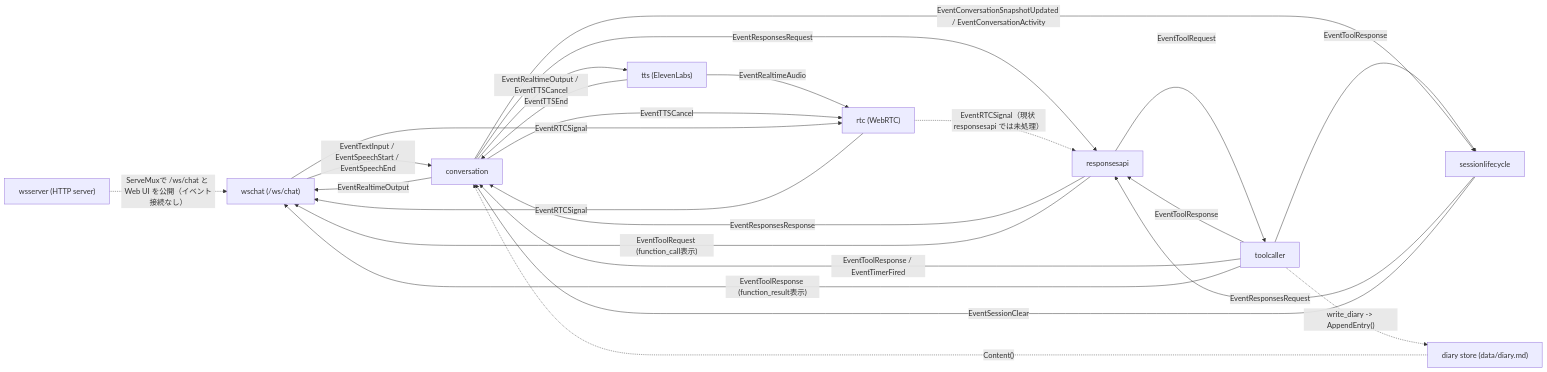
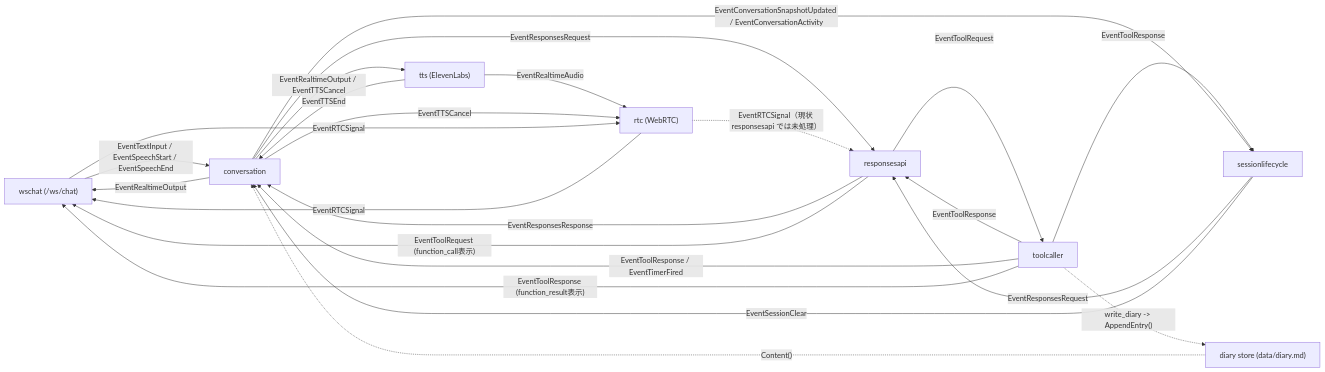
One commit to tetetratra/smart-speaker changed the diagram in README.md. Above: the diagram before and after it, drawn with Mermaid. The commit also changed other lines of this file and 2 other files, not shown here.

Commit message:
HTTPサーバー起動をgraphの外へ移す

````diff
--- a/README.md
+++ b/README.md
@@ -122,44 +122,41 @@
 ```mermaid
 flowchart LR
-  wsserver["wsserver (HTTP server)"]
   wschat["wschat (/ws/chat)"]
   sessionlifecycle["sessionlifecycle"]
   conversation["conversation"]
   responses["responsesapi"]
   toolcaller["toolcaller"]
   tts["tts (ElevenLabs)"]
   rtc["rtc (WebRTC)"]
   diarystore["diary store (data/diary.md)"]
-
-  wsserver -. "ServeMuxで /ws/chat と Web UI を公開（イベント接続なし）" .-> wschat
 
   wschat -- "EventTextInput / EventSpeechStart / EventSpeechEnd" --> conversation
   conversation -- "EventRealtimeOutput" --> wschat
 
   conversation -- "EventResponsesRequest" --> responses
   responses -- "EventResponsesResponse" --> conversation
 
   responses -- "EventToolRequest" --> toolcaller
   responses -- "EventToolRequest (function_call表示)" --> wschat
   toolcaller -- "EventToolResponse" --> responses
   toolcaller -- "EventToolResponse" --> sessionlifecycle
 
   toolcaller -- "EventToolResponse / EventTimerFired" --> conversation
   toolcaller -- "EventToolResponse (function_result表示)" --> wschat
 
   conversation -- "EventRealtimeOutput / EventTTSCancel" --> tts
   conversation -- "EventConversationSnapshotUpdated / EventConversationActivity" --> sessionlifecycle
   tts -- "EventTTSEnd" --> conversation
   tts -- "EventRealtimeAudio" --> rtc
   conversation -- "EventTTSCancel" --> rtc
 
   wschat -- "EventRTCSignal" --> rtc
   rtc -- "EventRTCSignal" --> wschat
   rtc -. "EventRTCSignal（現状 responsesapi では未処理）" .-> responses
 
   sessionlifecycle -- "EventResponsesRequest" --> responses
   sessionlifecycle -- "EventSessionClear" --> conversation
 
   diarystore -. "Content()" .-> conversation
   toolcaller -. "write_diary -> AppendEntry()" .-> diarystore
 ```
````
